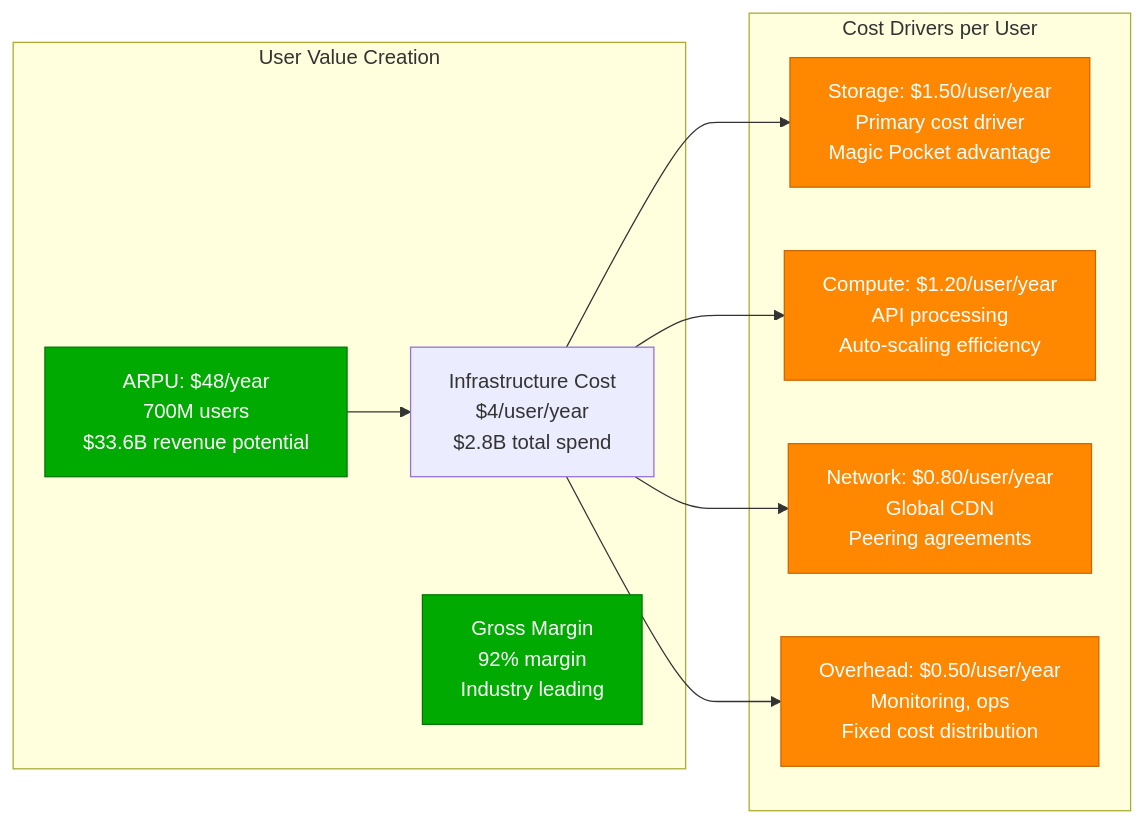
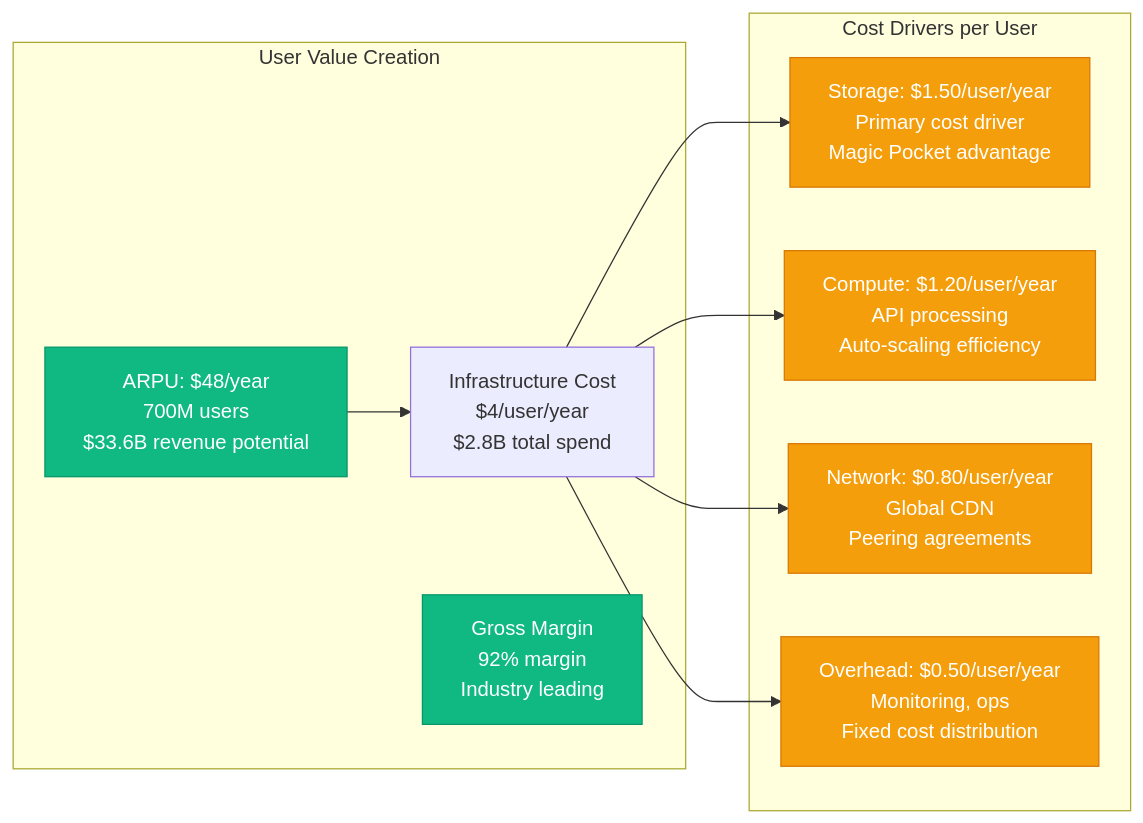
The fourth of 5 diagrams in site/docs/systems/dropbox/06-cost-breakdown.md (deepaucksharma/DS), drawn with Mermaid before and after one commit. The commit also changed 187 other files, not shown here.

````diff
--- a/site/docs/systems/dropbox/06-cost-breakdown.md
+++ b/site/docs/systems/dropbox/06-cost-breakdown.md
@@ -111,27 +111,27 @@
 ```mermaid
 graph LR
     subgraph UserValue[User Value Creation]
         ARPU[ARPU: $48/year<br/>700M users<br/>$33.6B revenue potential]
         COSTS[Infrastructure Cost<br/>$4/user/year<br/>$2.8B total spend]
         MARGIN[Gross Margin<br/>92% margin<br/>Industry leading]
     end
 
     subgraph CostDrivers[Cost Drivers per User]
         STORAGE[Storage: $1.50/user/year<br/>Primary cost driver<br/>Magic Pocket advantage]
         COMPUTE[Compute: $1.20/user/year<br/>API processing<br/>Auto-scaling efficiency]
         NETWORK[Network: $0.80/user/year<br/>Global CDN<br/>Peering agreements]
         OVERHEAD[Overhead: $0.50/user/year<br/>Monitoring, ops<br/>Fixed cost distribution]
     end
 
     ARPU --> COSTS
     COSTS --> STORAGE
     COSTS --> COMPUTE
     COSTS --> NETWORK
     COSTS --> OVERHEAD
 
-    classDef valueStyle fill:#00AA00,stroke:#007700,color:#fff
-    classDef costStyle fill:#FF8800,stroke:#CC6600,color:#fff
+    classDef valueStyle fill:#10B981,stroke:#059669,color:#fff
+    classDef costStyle fill:#F59E0B,stroke:#D97706,color:#fff
 
     class ARPU,MARGIN valueStyle
     class STORAGE,COMPUTE,NETWORK,OVERHEAD costStyle
 ```
````
